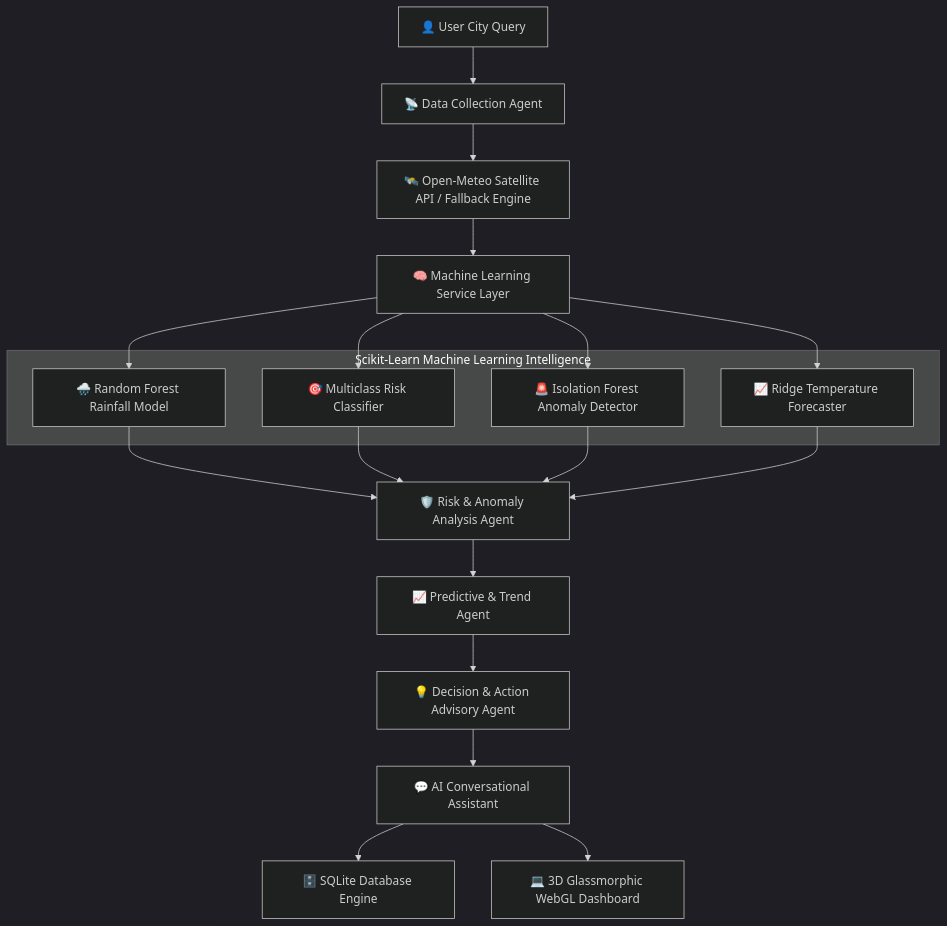
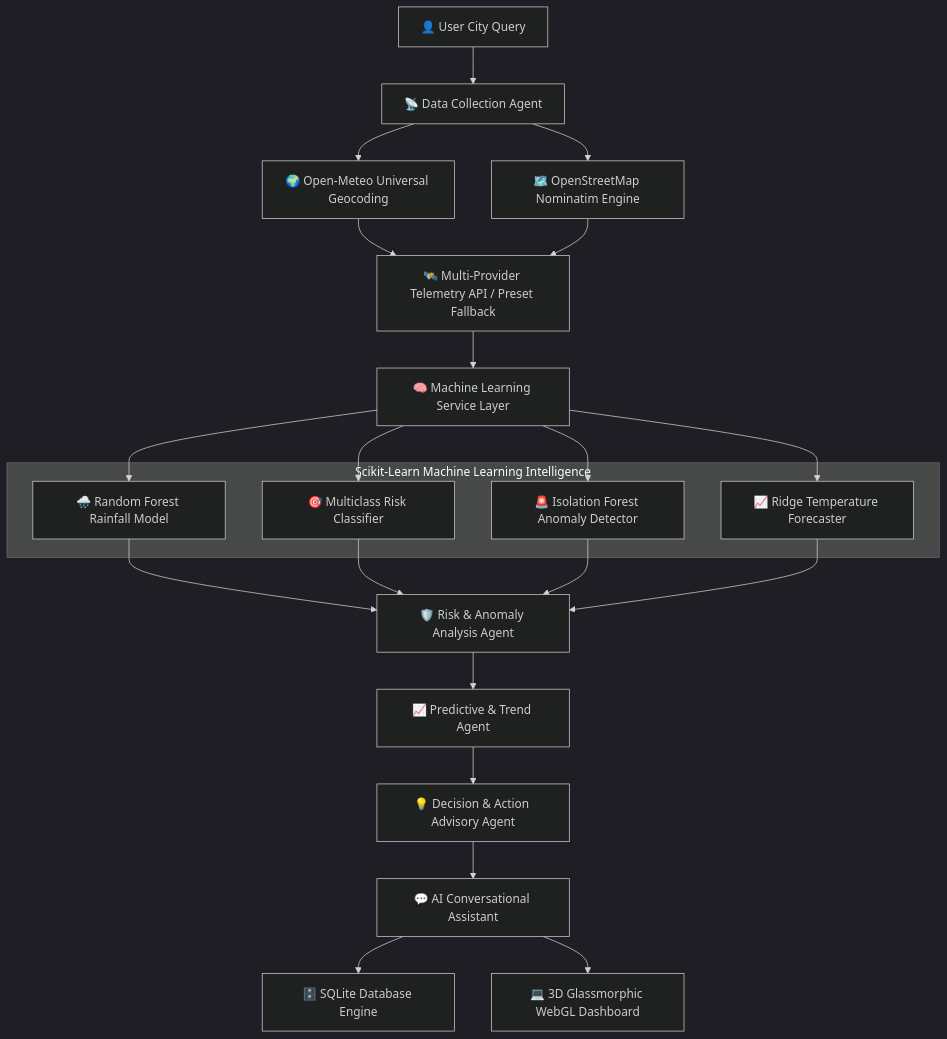
The diagram in README.md (Mugilan-md/Agentic-AI-Weather-Monitoring-System), drawn with Mermaid (dark theme) before and after one commit. The commit also changed other lines of this file, not shown here.

Commit message:
docs: update README.md with recent process upgrades, global geocoding, AI domain knowledge, and serverless architecture

````diff
--- a/README.md
+++ b/README.md
@@ -28,26 +32,28 @@
 ```mermaid
 graph TD
     A["👤 User City Query"] --> B["📡 Data Collection Agent"]
-    B --> C["🛰️ Open-Meteo Satellite API / Fallback Engine"]
-    C --> D["🧠 Machine Learning Service Layer"]
+    B --> C1["🌍 Open-Meteo Universal Geocoding"]
+    B --> C2["🗺️ OpenStreetMap Nominatim Engine"]
+    C1 & C2 --> C3["🛰️ Multi-Provider Telemetry API / Preset Fallback"]
+    C3 --> D["🧠 Machine Learning Service Layer"]
     
     subgraph ML_Engine ["Scikit-Learn Machine Learning Intelligence"]
         D1["🌧️ Random Forest Rainfall Model"]
         D2["🎯 Multiclass Risk Classifier"]
         D3["🚨 Isolation Forest Anomaly Detector"]
         D4["📈 Ridge Temperature Forecaster"]
     end
     
     D --> D1
     D --> D2
     D --> D3
     D --> D4
     
     D1 & D2 & D3 & D4 --> E["🛡️ Risk & Anomaly Analysis Agent"]
     E --> F["📈 Predictive & Trend Agent"]
     F --> G["💡 Decision & Action Advisory Agent"]
     G --> H["💬 AI Conversational Assistant"]
     
     H --> I["🗄️ SQLite Database Engine"]
     H --> J["💻 3D Glassmorphic WebGL Dashboard"]
 ```
````
